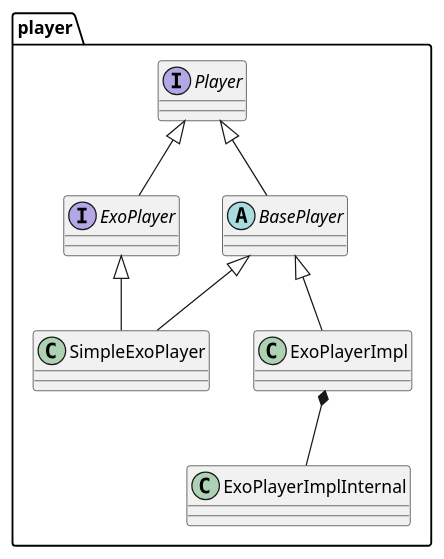
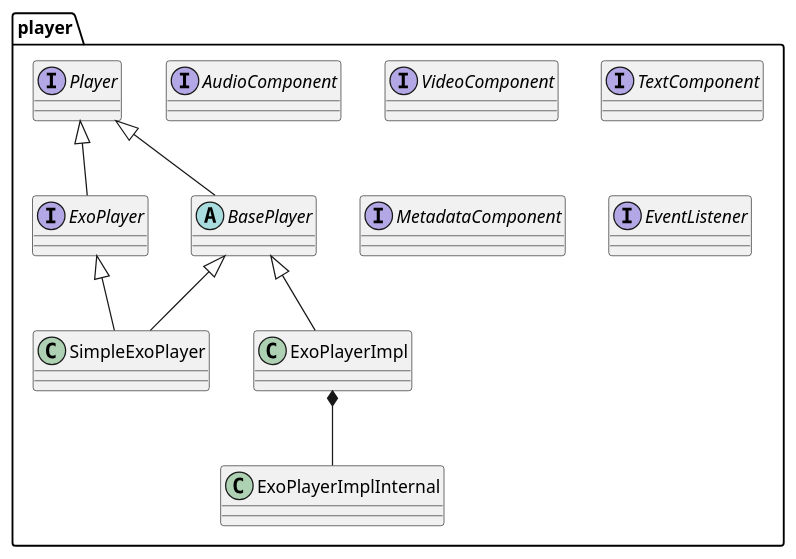
One commit to tdounnyy/exoplayer_note changed the diagram in uml/player.puml. Above: the diagram before and after it, drawn with PlantUML. The commit also changed 2 other files, not shown here.

```diff
--- a/uml/player.puml
+++ b/uml/player.puml
@@ -2,20 +2,33 @@
 @startuml
-'A media player interface defining traditional high-level functionality, such as the ability to play, pause, seek and query properties of the currently playing media.
 package player {
 
+    'A media player interface defining traditional high-level functionality, such as the ability to play, pause, seek and query properties of the currently playing media.
     interface Player
+
+    'An extensible media player that plays {@link MediaSource}
     interface ExoPlayer
+
+    'Abstract base {@link Player} which implements common implementation independent methods
     abstract class BasePlayer
+
+    'An {@link ExoPlayer} implementation that uses default {@link Renderer} components
     class SimpleExoPlayer
     class ExoPlayerImpl
+    'Implements the internal behavior of {@link ExoPlayerImpl}
     class ExoPlayerImplInternal
+
+    interface AudioComponent
+    interface VideoComponent
+    interface TextComponent
+    interface MetadataComponent
+    interface EventListener
 
     Player <|-- ExoPlayer
     Player <|-- BasePlayer
     BasePlayer <|-- SimpleExoPlayer
     ExoPlayer <|-- SimpleExoPlayer
     BasePlayer <|-- ExoPlayerImpl
     ExoPlayerImpl *-- ExoPlayerImplInternal
 
 }
 @enduml
```
